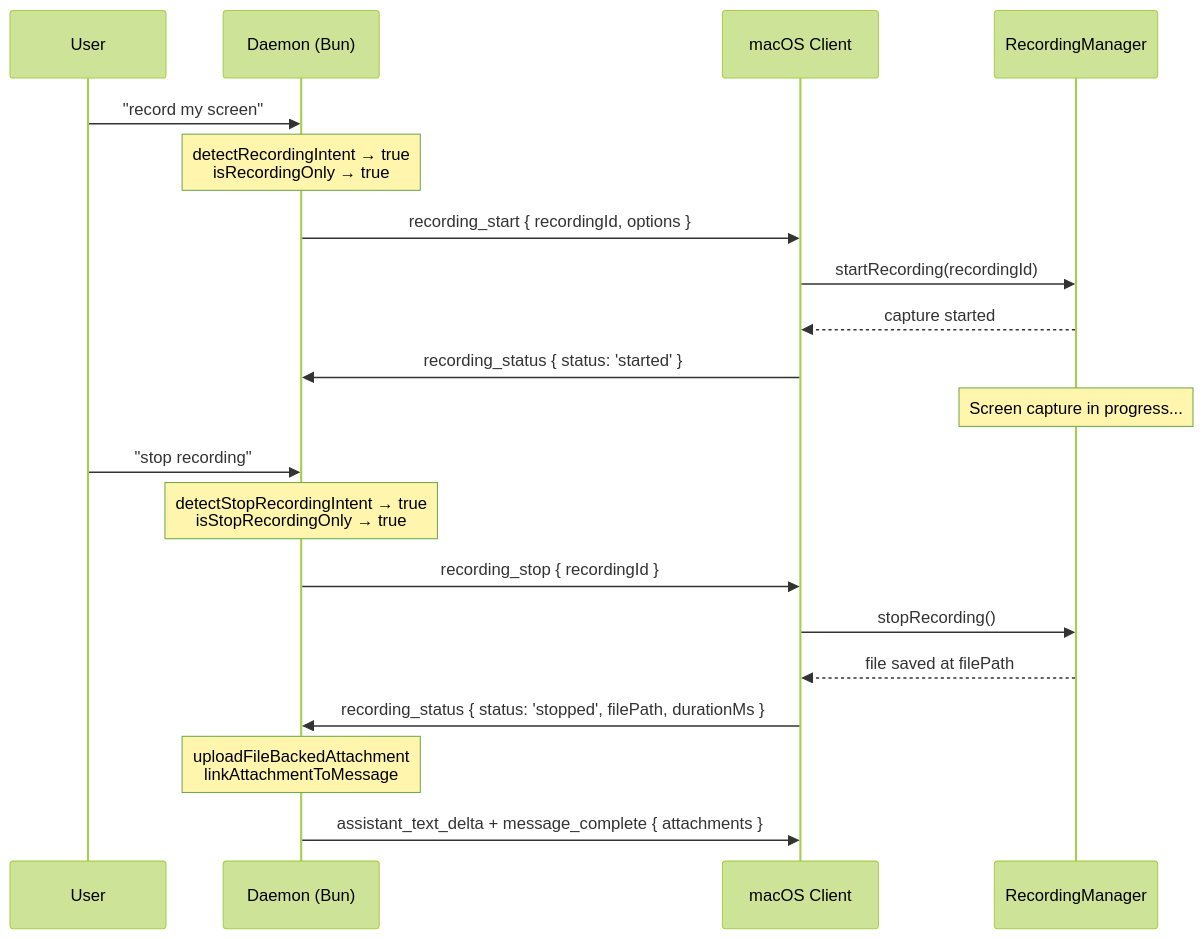
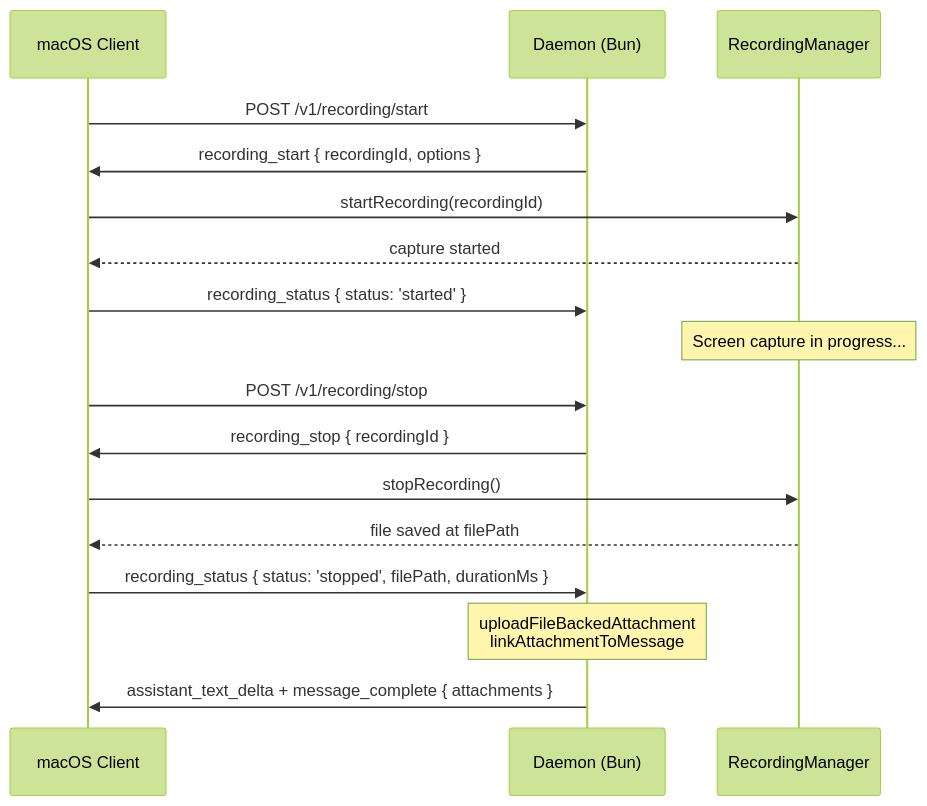
Before and after one commit to vellum-ai/vellum-assistant: the third of 7 diagrams in clients/ARCHITECTURE.md, drawn with Mermaid (forest theme). The commit also changed other lines of this file and 6 other files, not shown here.

Commit message:
fix: delete dead recording intent modules and their tests

````diff
--- a/clients/ARCHITECTURE.md
+++ b/clients/ARCHITECTURE.md
@@ -269,26 +262,23 @@
 ```mermaid
 sequenceDiagram
-    participant User
+    participant Client as macOS Client
     participant Daemon as Daemon (Bun)
-    participant Client as macOS Client
     participant RM as RecordingManager
 
-    User->>Daemon: "record my screen"
-    Note over Daemon: detectRecordingIntent → true<br/>isRecordingOnly → true
+    Client->>Daemon: POST /v1/recording/start
     Daemon->>Client: recording_start { recordingId, options }
     Client->>RM: startRecording(recordingId)
     RM-->>Client: capture started
     Client->>Daemon: recording_status { status: 'started' }
 
     Note over RM: Screen capture in progress...
 
-    User->>Daemon: "stop recording"
-    Note over Daemon: detectStopRecordingIntent → true<br/>isStopRecordingOnly → true
+    Client->>Daemon: POST /v1/recording/stop
     Daemon->>Client: recording_stop { recordingId }
     Client->>RM: stopRecording()
     RM-->>Client: file saved at filePath
     Client->>Daemon: recording_status { status: 'stopped', filePath, durationMs }
 
     Note over Daemon: uploadFileBackedAttachment<br/>linkAttachmentToMessage
     Daemon->>Client: assistant_text_delta + message_complete { attachments }
 ```
````
